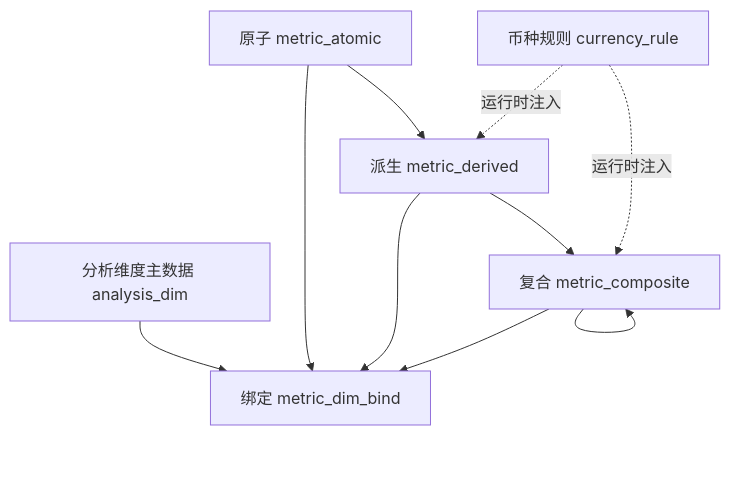
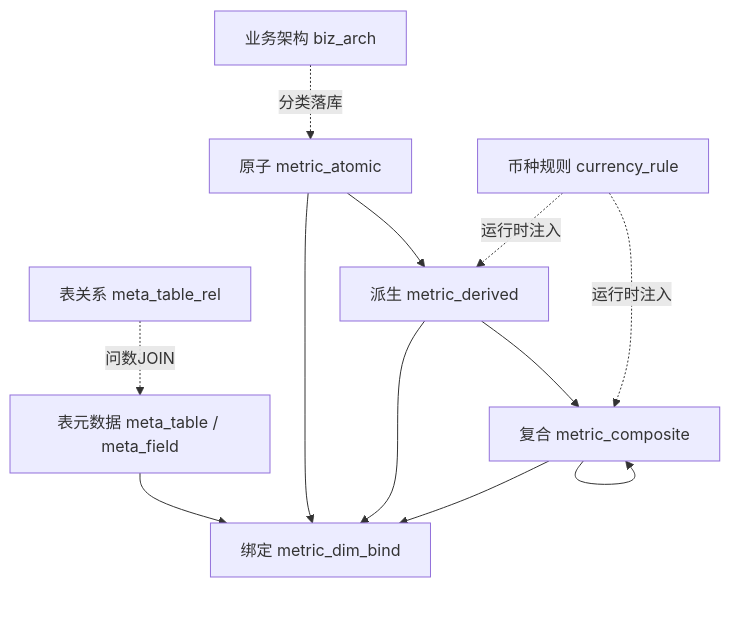
The diagram in doc/03_元数据与配置模型.md (huanglin983/askdata), drawn with Mermaid before and after one commit. The commit also changed other lines of this file and 38 other files, not shown here.

````diff
--- a/doc/03_元数据与配置模型.md
+++ b/doc/03_元数据与配置模型.md
@@ -5,19 +5,23 @@
 ```mermaid
 flowchart TB
-  AD[分析维度主数据 analysis_dim]
+  BA[业务架构 biz_arch]
+  MT[表元数据 meta_table / meta_field]
+  REL[表关系 meta_table_rel]
   AT[原子 metric_atomic]
   DR[派生 metric_derived]
   CP[复合 metric_composite]
   BD[绑定 metric_dim_bind]
   CR[币种规则 currency_rule]
 
+  BA -.->|分类落库| AT
   AT --> DR
   DR --> CP
   CP --> CP
-  AD --> BD
+  MT --> BD
   AT --> BD
   DR --> BD
   CP --> BD
+  REL -.->|问数JOIN| MT
   CR -.->|运行时注入| DR
   CR -.->|运行时注入| CP
 ```
````
